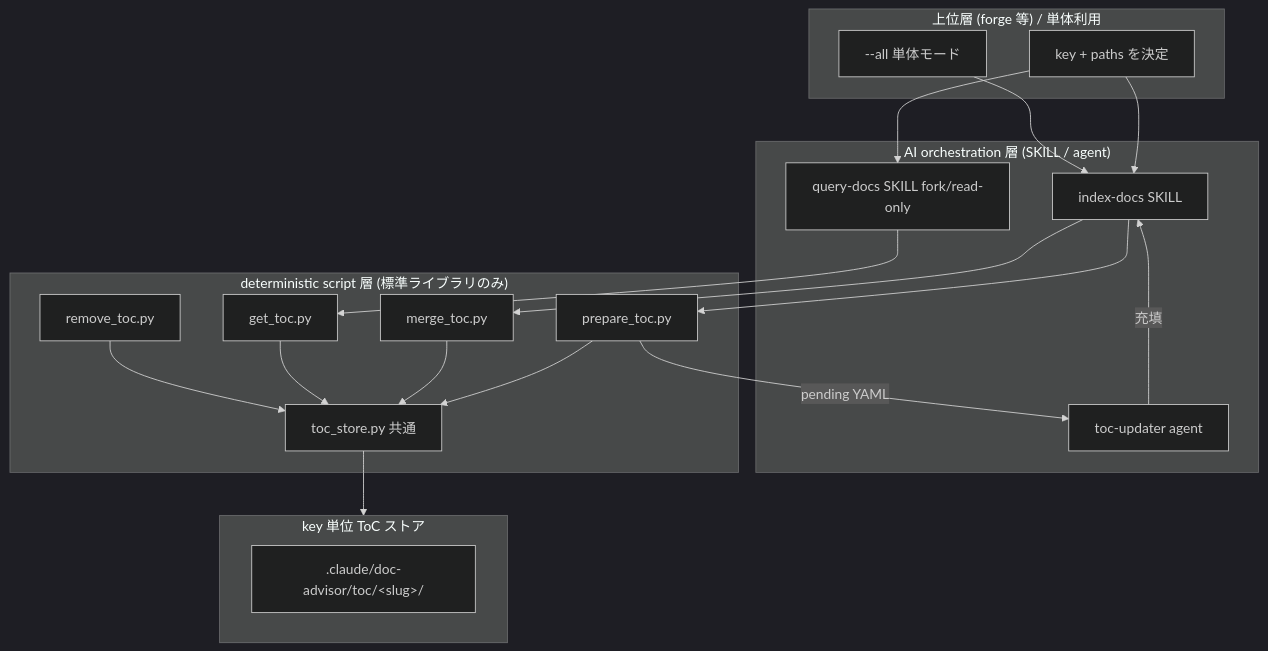
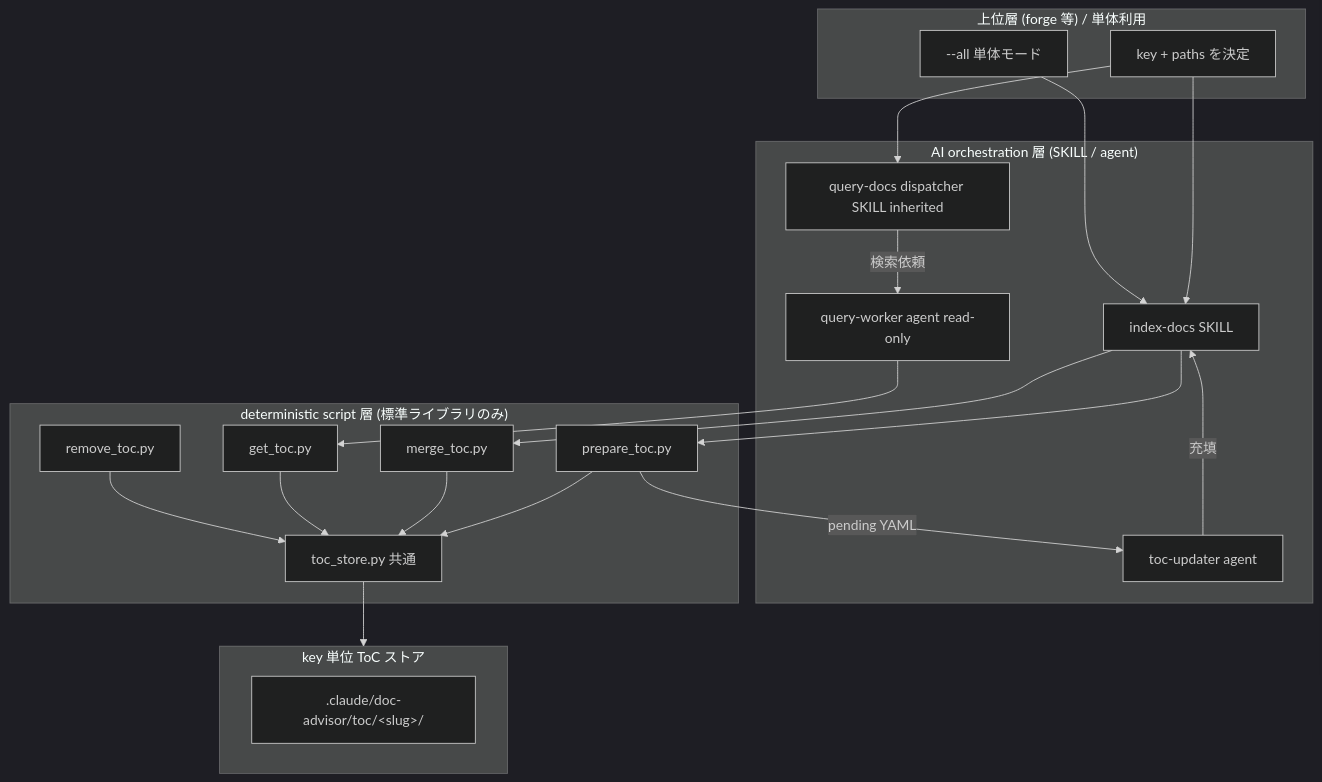
The first of 7 diagrams in docs/specs/base/design/DES-005_toc_generation_flow.md (BlueEventHorizon/DocAdvisor-CC), drawn with Mermaid (dark theme) before and after one commit. The commit also changed other lines of this file and 8 other files, not shown here.

First line of the commit message:
feat: query-docs を継承型 dispatcher + read-only worker 構成へ再設計

````diff
--- a/docs/specs/base/design/DES-005_toc_generation_flow.md
+++ b/docs/specs/base/design/DES-005_toc_generation_flow.md
@@ -29,39 +29,41 @@
 ```mermaid
 flowchart TB
     subgraph Upper["上位層 (forge 等) / 単体利用"]
         U1[key + paths を決定]
         U2[--all 単体モード]
     end
 
     subgraph AI["AI orchestration 層 (SKILL / agent)"]
         S1[index-docs SKILL]
-        S2[query-docs SKILL fork/read-only]
+        S2[query-docs dispatcher SKILL inherited]
         A1[toc-updater agent]
+        A2[query-worker agent read-only]
     end
 
     subgraph Det["deterministic script 層 (標準ライブラリのみ)"]
         P1[prepare_toc.py]
         P2[merge_toc.py]
         P3[get_toc.py]
         P4[remove_toc.py]
         C1[toc_store.py 共通]
     end
 
     subgraph Store["key 単位 ToC ストア"]
         ST[.claude/doc-advisor/toc/&lt;slug&gt;/]
     end
 
     U1 --> S1
     U2 --> S1
     U1 --> S2
     S1 --> P1
     P1 -->|pending YAML| A1
     A1 -->|充填| S1
     S1 --> P2
-    S2 --> P3
+    S2 -->|検索依頼| A2
+    A2 --> P3
     P1 --> C1
     P2 --> C1
     P3 --> C1
     P4 --> C1
     C1 --> Store
 ```
````
